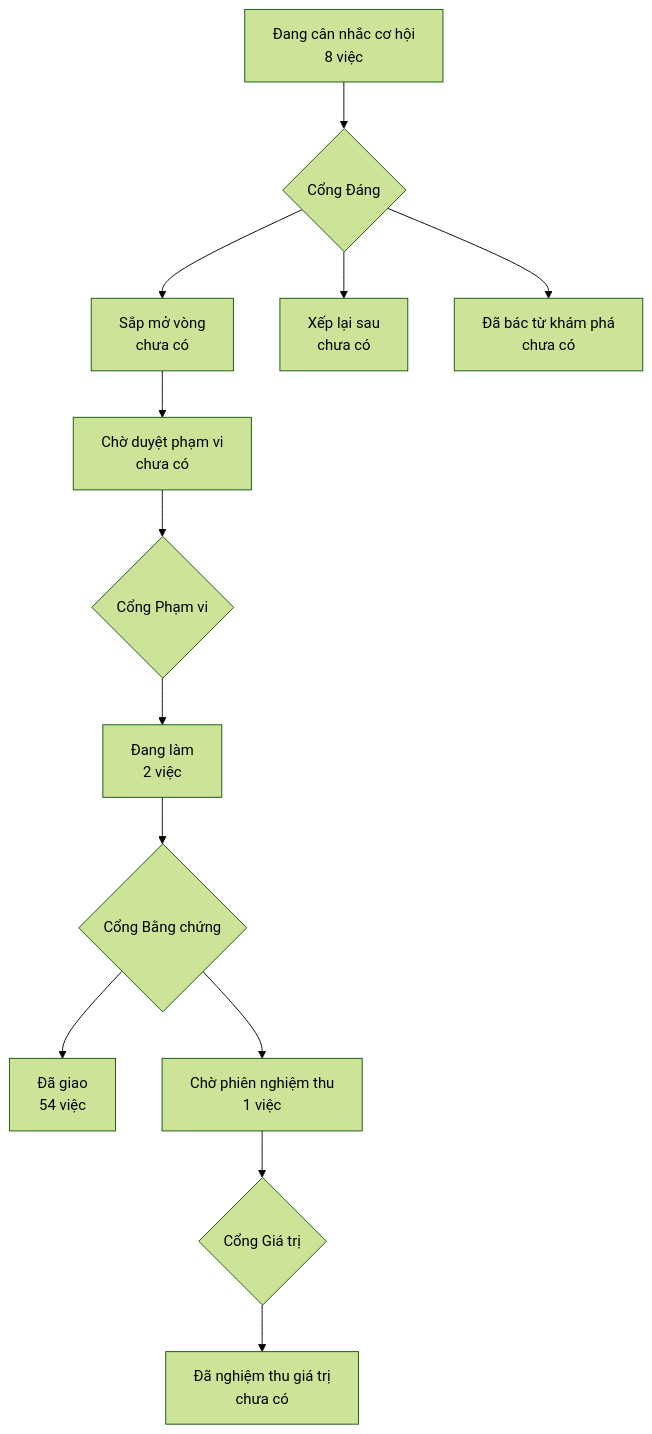
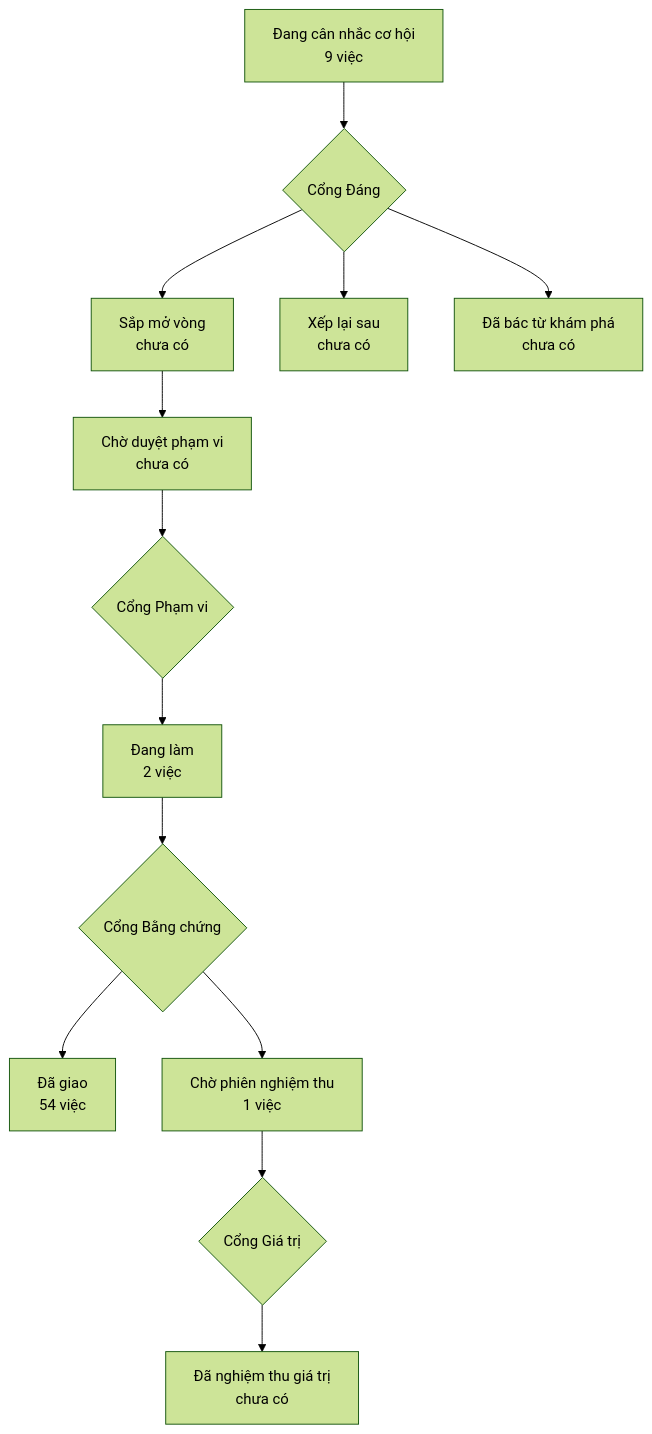
The diagram in PRODUCT-MAP.md (phanlemanh/acceptance-gate-kit), drawn with Mermaid (forest theme) before and after one commit. The commit also changed other lines of this file and 2 other files, not shown here.

Commit message:
opp(dac-ta-ux-vat-hoa-cau-truc): mở ô «bản đặc tả UX — vật hoá tầng cấu trúc» (đang cân nhắc) + hồ sơ nghiên cứu skill UX/IA 22/08; bản đồ vẽ lại

````diff
--- a/PRODUCT-MAP.md
+++ b/PRODUCT-MAP.md
@@ -6,12 +6,12 @@
 ```mermaid
 flowchart TD
-  A["Đang cân nhắc cơ hội<br/>8 việc"] --> GD{"Cổng Đáng"}
+  A["Đang cân nhắc cơ hội<br/>9 việc"] --> GD{"Cổng Đáng"}
   GD --> B["Sắp mở vòng<br/>chưa có"]
   GD --> XL["Xếp lại sau<br/>chưa có"]
   GD --> DB["Đã bác từ khám phá<br/>chưa có"]
   B --> CD["Chờ duyệt phạm vi<br/>chưa có"] --> GP{"Cổng Phạm vi"}
   GP --> DL["Đang làm<br/>2 việc"] --> GB{"Cổng Bằng chứng"}
   GB --> DG["Đã giao<br/>54 việc"]
   GB --> CN["Chờ phiên nghiệm thu<br/>1 việc"] --> GG{"Cổng Giá trị"}
   GG --> NT["Đã nghiệm thu giá trị<br/>chưa có"]
 ```
````
